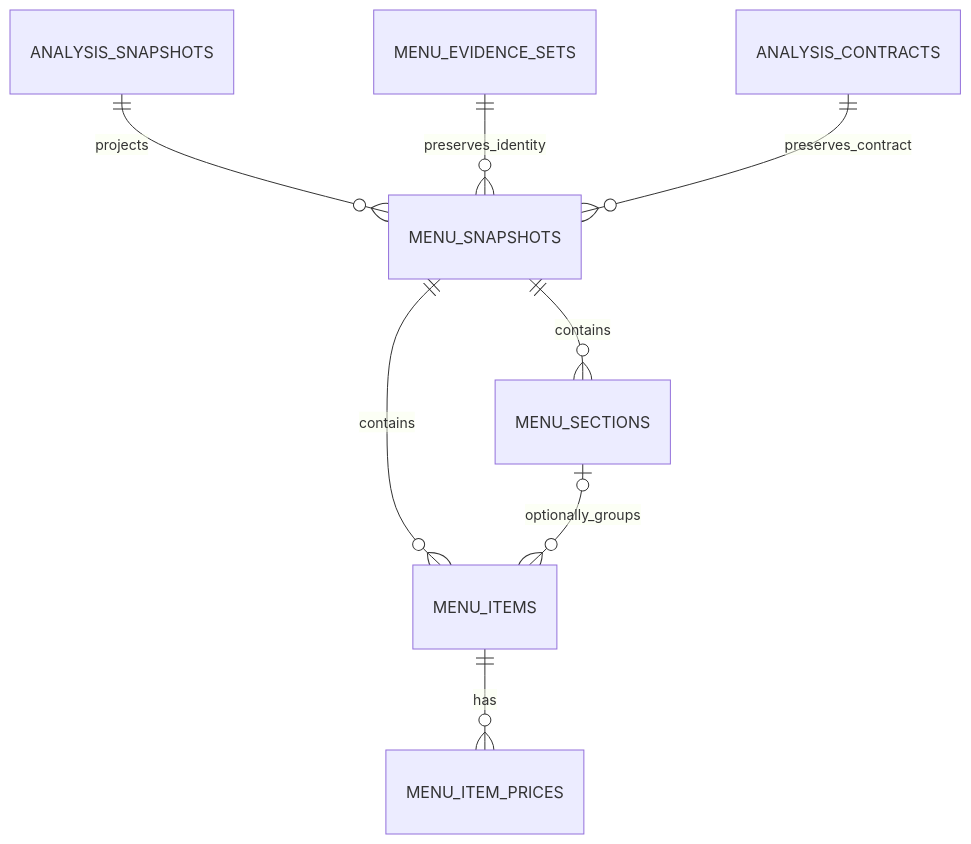
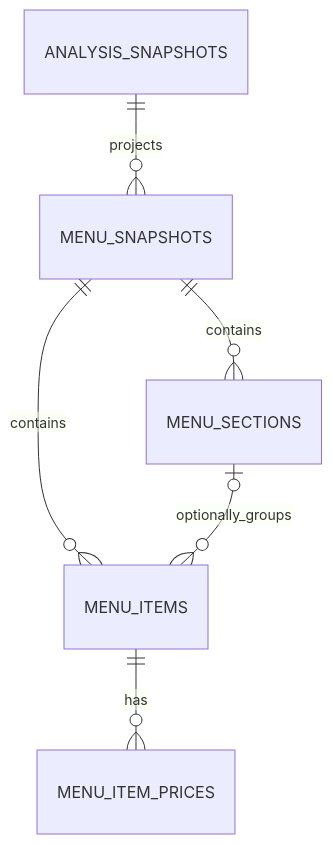
Before and after one commit to younjh0923-design/foodseyo: the second of 4 diagrams in docs/database-logical-model-v3.md, drawn with Mermaid. The commit also changed other lines of this file and 8 other files, not shown here.

````diff
--- a/docs/database-logical-model-v3.md
+++ b/docs/database-logical-model-v3.md
@@ -86,10 +86,8 @@
 ```mermaid
 erDiagram
   ANALYSIS_SNAPSHOTS ||--o{ MENU_SNAPSHOTS : projects
-  MENU_EVIDENCE_SETS ||--o{ MENU_SNAPSHOTS : preserves_identity
-  ANALYSIS_CONTRACTS ||--o{ MENU_SNAPSHOTS : preserves_contract
   MENU_SNAPSHOTS ||--o{ MENU_SECTIONS : contains
   MENU_SNAPSHOTS ||--o{ MENU_ITEMS : contains
   MENU_SECTIONS o|--o{ MENU_ITEMS : optionally_groups
   MENU_ITEMS ||--o{ MENU_ITEM_PRICES : has
 ```
````
